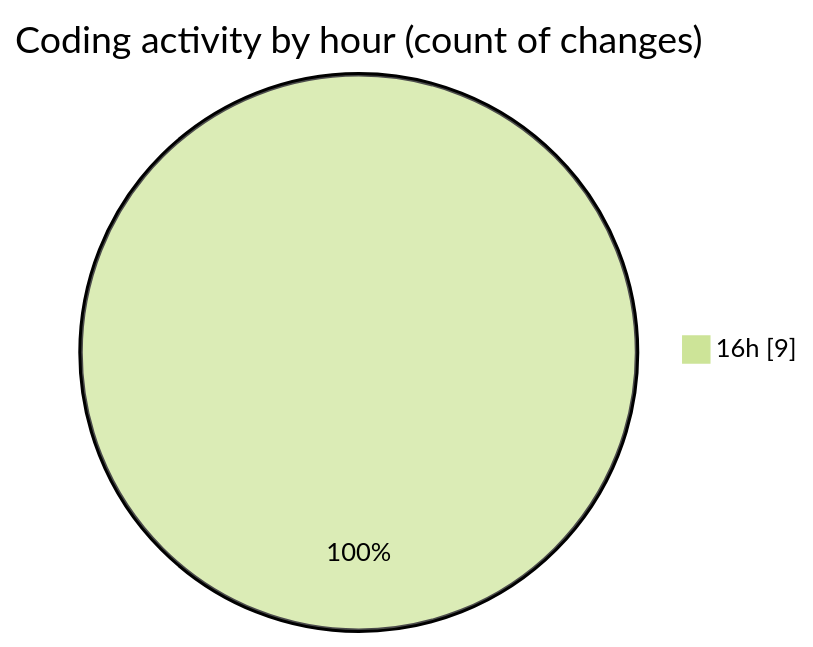
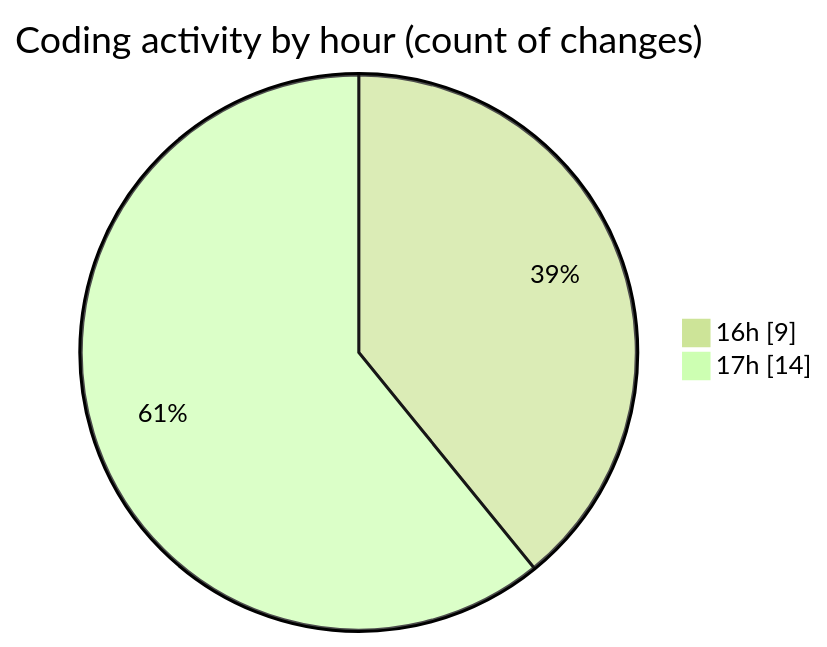
The second of 2 diagrams in 2025-02-18/finite_vercel_app/README.md (charlie-sans/code-tracking), drawn with Mermaid (forest theme) before and after one commit. The commit also changed other lines of this file and 1 other file, not shown here.

````diff
--- a/2025-02-18/finite_vercel_app/README.md
+++ b/2025-02-18/finite_vercel_app/README.md
@@ -30,5 +34,6 @@
 ```mermaid
 pie showData
 title Coding activity by hour (count of changes)
 "16h" : 9
+"17h" : 14
 ```
````
